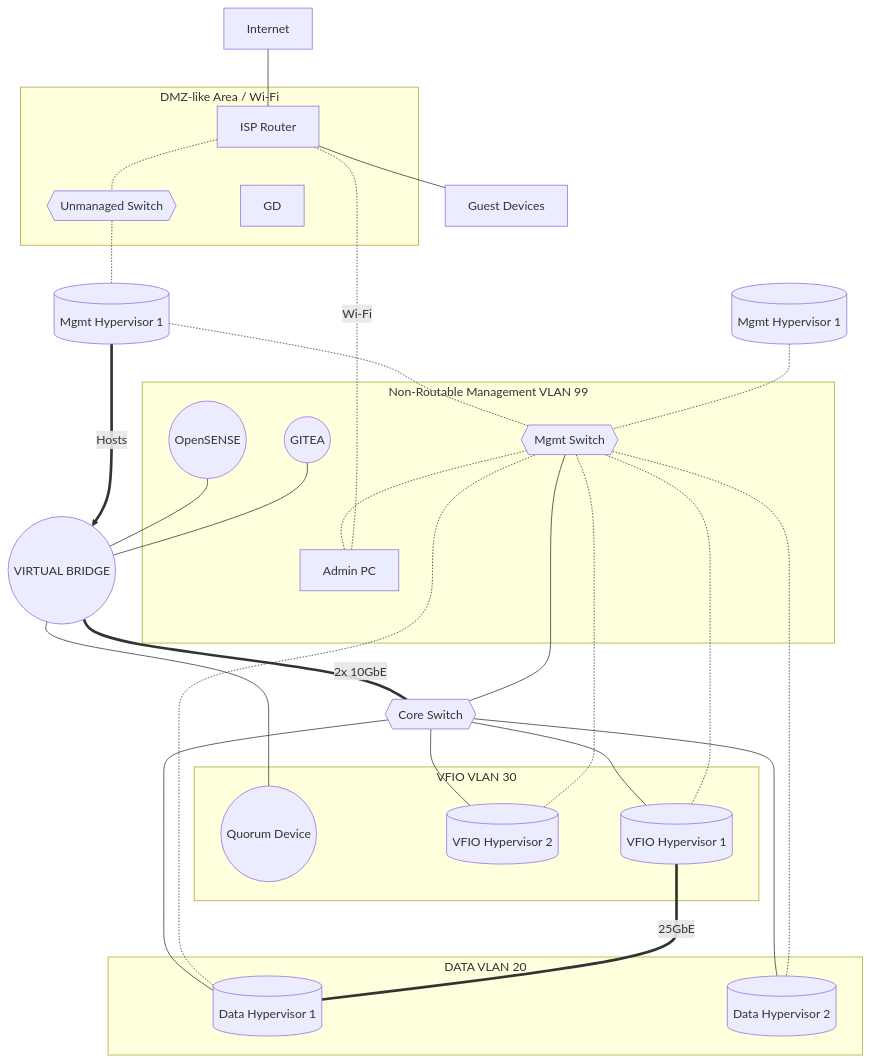
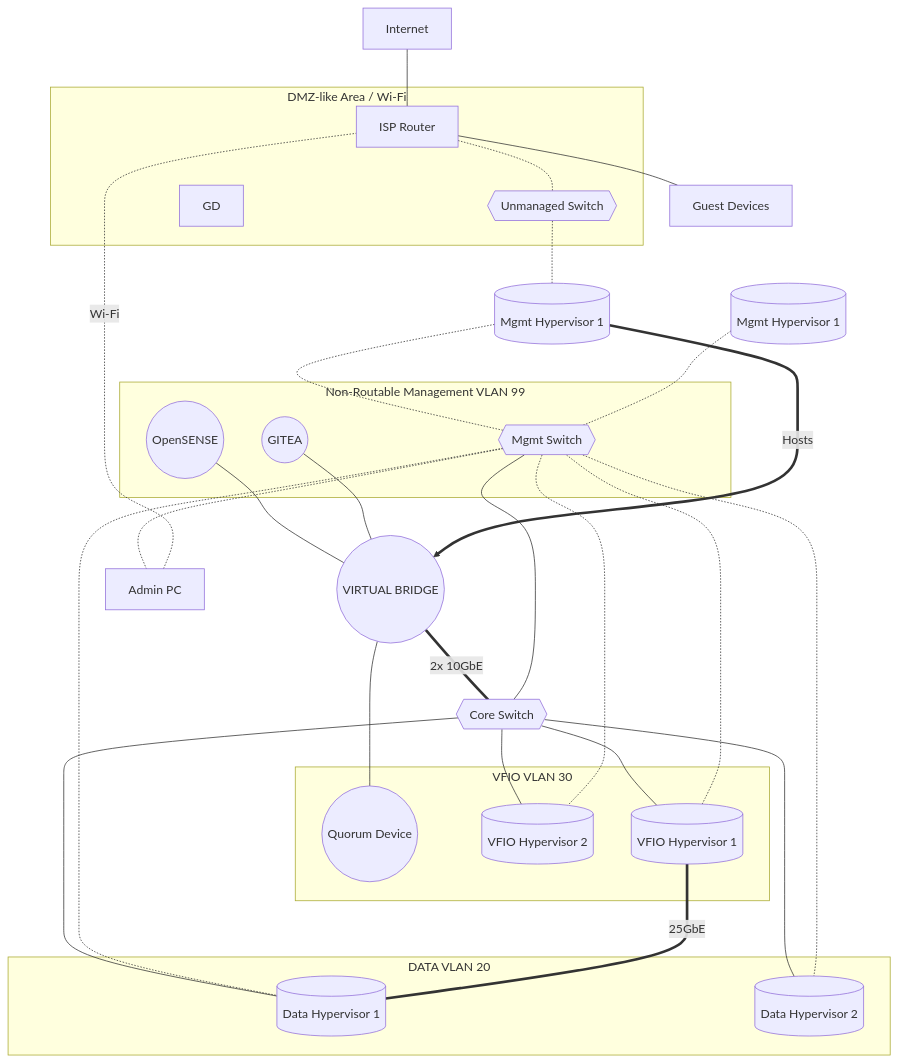
Before and after one commit to woeiru/lab: the diagram in arc/net1.md, drawn with Mermaid.

Commit message:
standard

````diff
--- a/arc/net1.md
+++ b/arc/net1.md
@@ -3,46 +3,45 @@
 ```mermaid
 graph TD
     INT[Internet] --- ISPR[ISP Router]
     ISPR -.- US
     US{{Unmanaged Switch}} -.- MH1
     OPN((OpenSENSE)) --- VB((VIRTUAL BRIDGE))
     GIT((GITEA)) --- VB
     VB --- QD((Quorum Device))
     VB ===|2x 10GbE| CS{{Core Switch}}
     MH1[(Mgmt Hypervisor 1)] -.-  MS{{Mgmt Switch}}
     MH2[(Mgmt Hypervisor 1)] -.-  MS{{Mgmt Switch}}
     MS --- CS
     MS -.- APC[Admin PC]
     APC -.-|Wi-Fi| ISPR
     MH1 ==>|Hosts| VB
     CS --- VH2[(VFIO Hypervisor 2)]
     MS -.- VH2
     ISPR --- HD[Guest Devices]
     CS --- VH1[(VFIO Hypervisor 1)]
     MS -.- VH1
     CS --- DH1[(Data Hypervisor 1)]
     MS -.- DH1
     CS --- DH2[(Data Hypervisor 2)]
     MS -.- DH2
     VH1 ===|25GbE| DH1
     subgraph VLAN20 [DATA VLAN 20]
         DH1
         DH2
     end
     subgraph VLAN30 [VFIO VLAN 30]
         VH1
         VH2
         QD
     end
     subgraph VLAN99 [Non-Routable Management VLAN 99]
         MS
-        APC
         OPN
         GIT
     end
     subgraph DMZ [DMZ-like Area / Wi-Fi]
         ISPR
         GD
         US
     end
 ```
````
